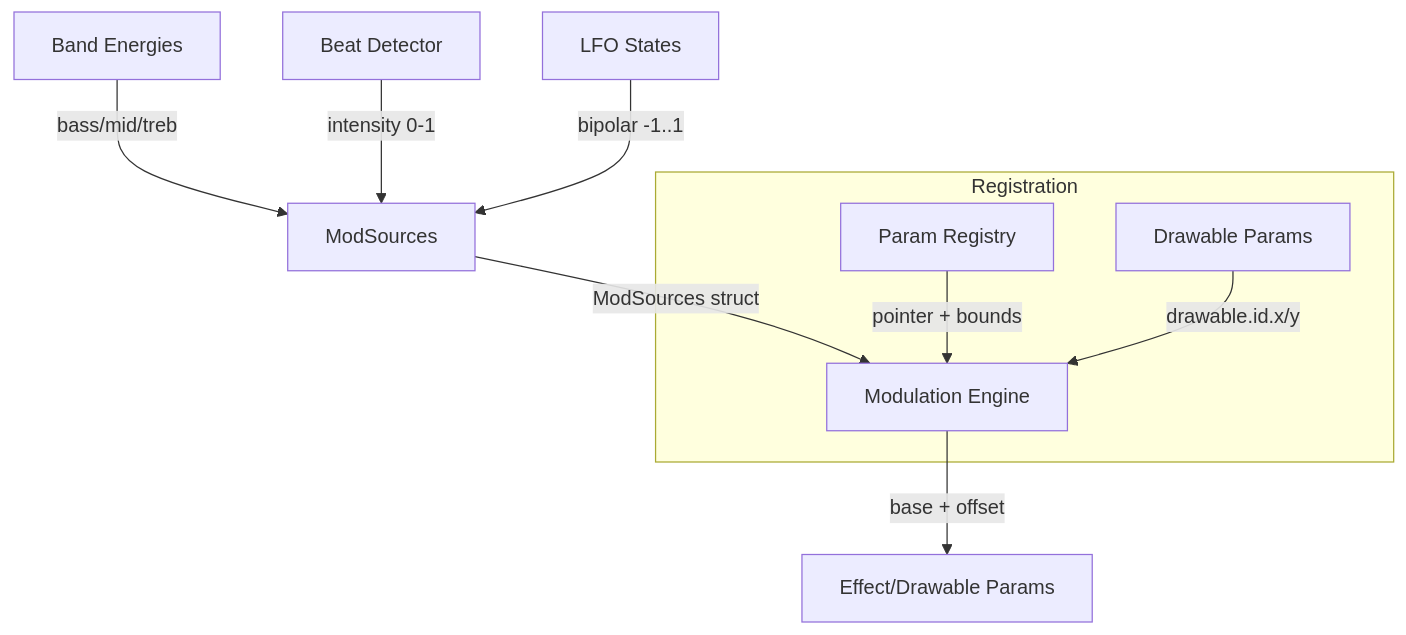
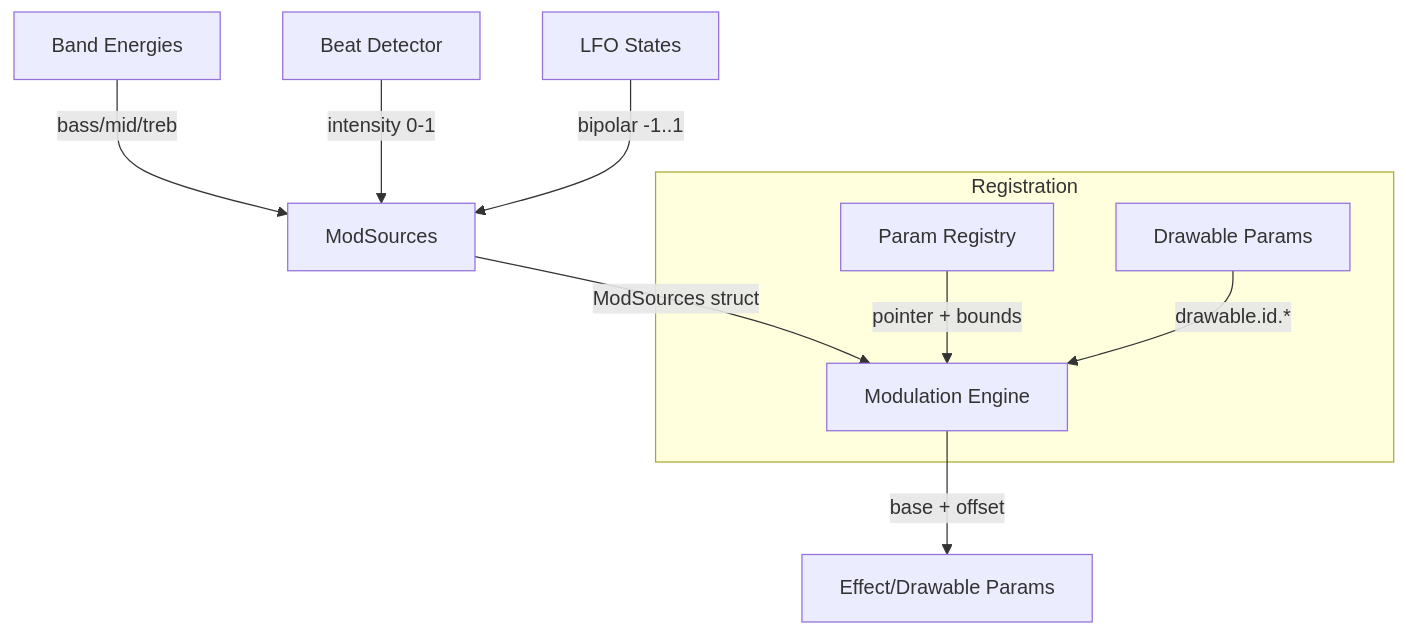
One commit to EvanLavender13/audio-jones changed the diagram in docs/modules/automation.md. Above: the diagram before and after it, drawn with Mermaid. The commit also changed other lines of this file and 7 other files, not shown here.

First line of the commit message:
Sync architecture documentation with current codebase

````diff
--- a/docs/modules/automation.md
+++ b/docs/modules/automation.md
@@ -16,13 +16,13 @@
 ```mermaid
 graph TD
     Bands[Band Energies] -->|bass/mid/treb| MS[ModSources]
     Beat[Beat Detector] -->|intensity 0-1| MS
     LFO[LFO States] -->|bipolar -1..1| MS
     MS -->|ModSources struct| Engine[Modulation Engine]
     Engine -->|base + offset| Params[Effect/Drawable Params]
 
     subgraph Registration
         Registry[Param Registry] -->|pointer + bounds| Engine
-        DParams[Drawable Params] -->|drawable.id.x/y| Engine
+        DParams[Drawable Params] -->|drawable.id.*| Engine
     end
 ```
````
